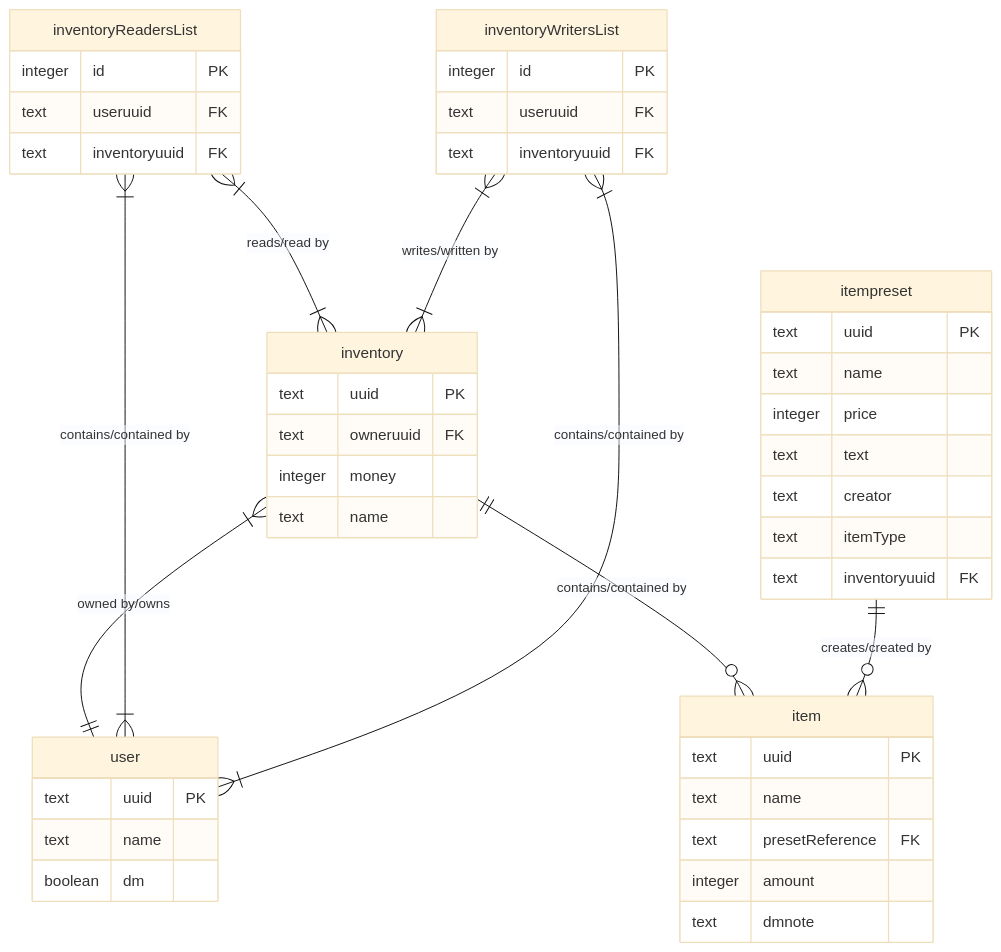
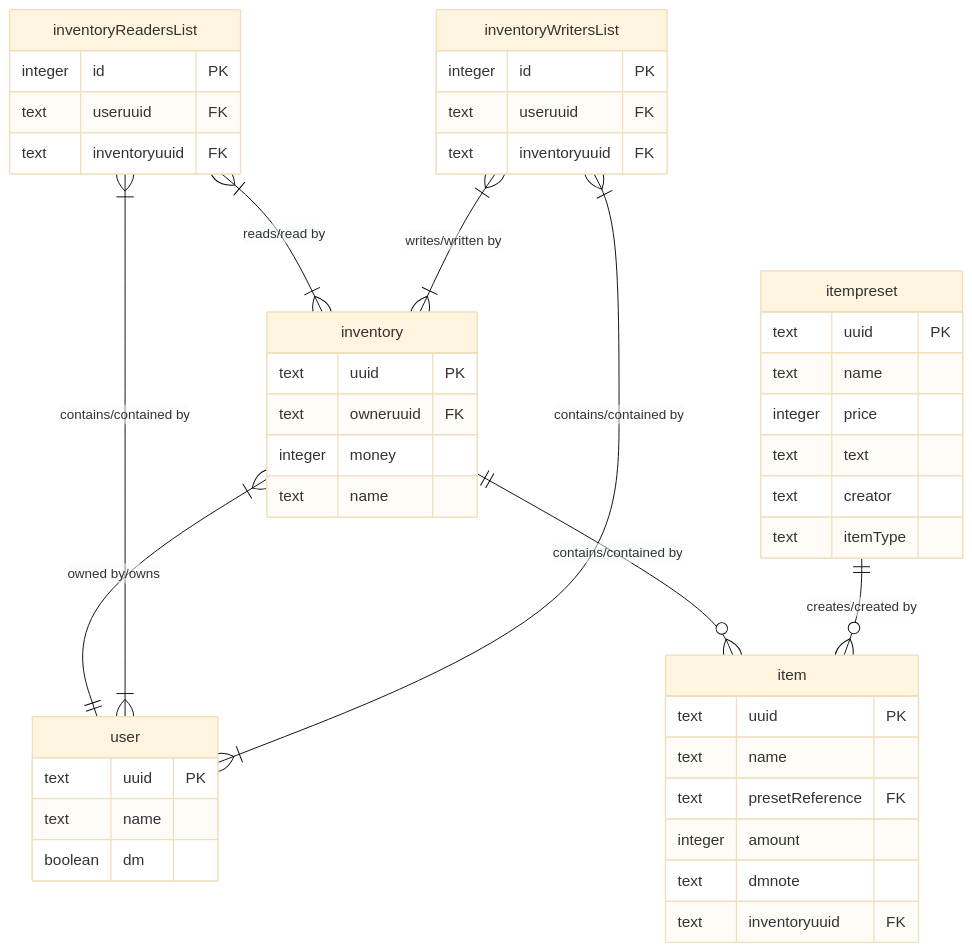
Before and after one commit to NamelessGroup/InventarWerk: the second of 2 diagrams in README.md, drawn with Mermaid (base theme).

Commit message:
Fix README.md Database structure data

````diff
--- a/README.md
+++ b/README.md
@@ -101,47 +101,48 @@
 ```mermaid
+
 erDiagram
     inventory {
         text uuid PK
         text owneruuid FK
         integer money
         text name
     }
     inventory 1+--1 user: "owned by/owns"
     inventory 1--0+ item: "contains/contained by"
     inventoryReadersList {
         integer id PK
         text useruuid FK
         text inventoryuuid FK
     }
     inventoryReadersList 1+--1+ inventory: "reads/read by"
     inventoryReadersList 1+--1+ user: "contains/contained by"
     inventoryWritersList {
         integer id PK
         text useruuid FK
         text inventoryuuid FK
     }
     inventoryWritersList 1+--1+ inventory: "writes/written by"
     inventoryWritersList 1+--1+ user: "contains/contained by"
     item {
         text uuid PK
         text name
         text presetReference FK
         integer amount
         text dmnote
+        text inventoryuuid FK
     }
     itempreset {
         text uuid PK
         text name
         integer price
         text text
         text creator
         text itemType
-        text inventoryuuid FK
     }
     itempreset 1--0+ item: "creates/created by"
     user {
         text uuid PK
         text name
         boolean dm
     }
 ```
````
